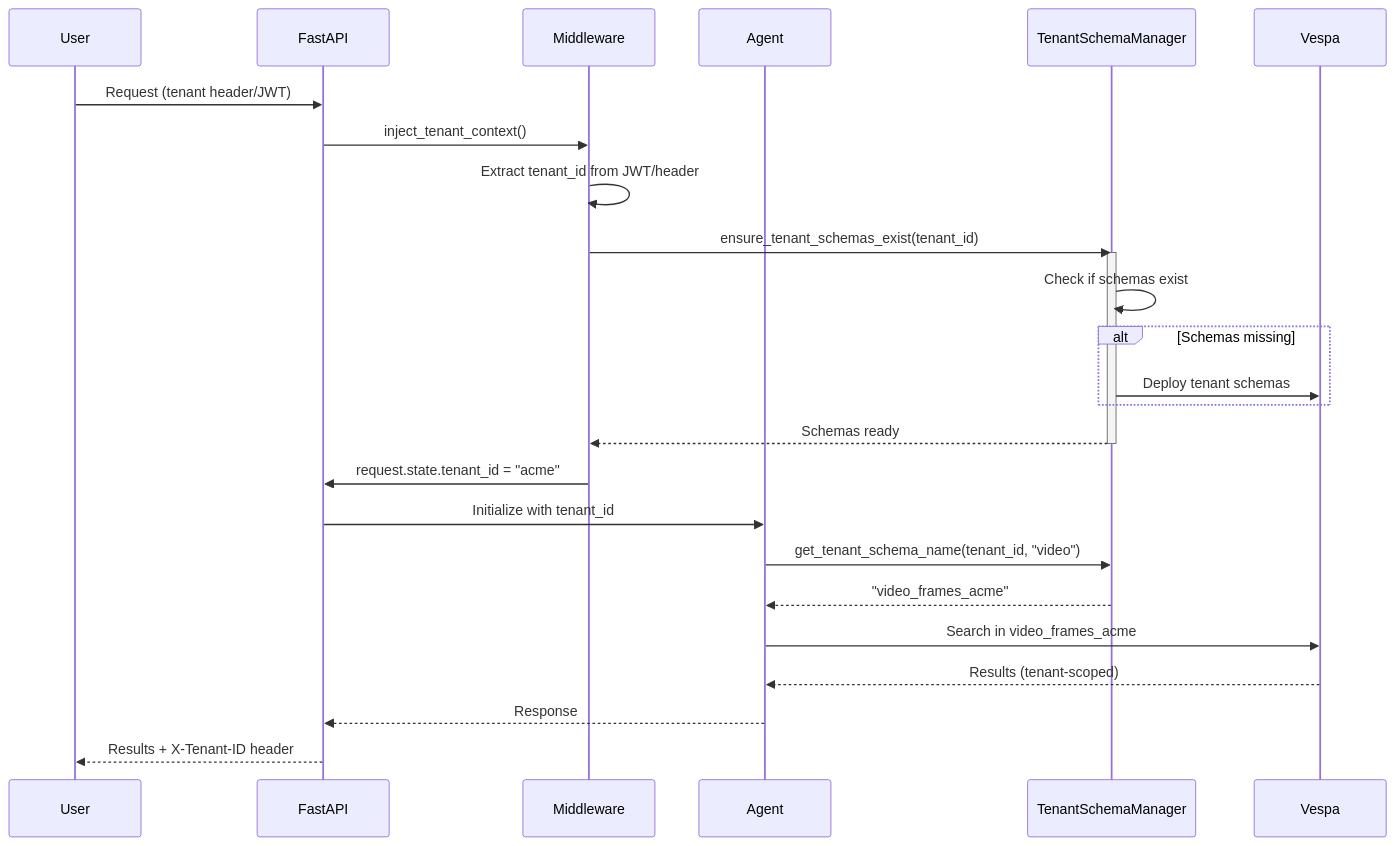
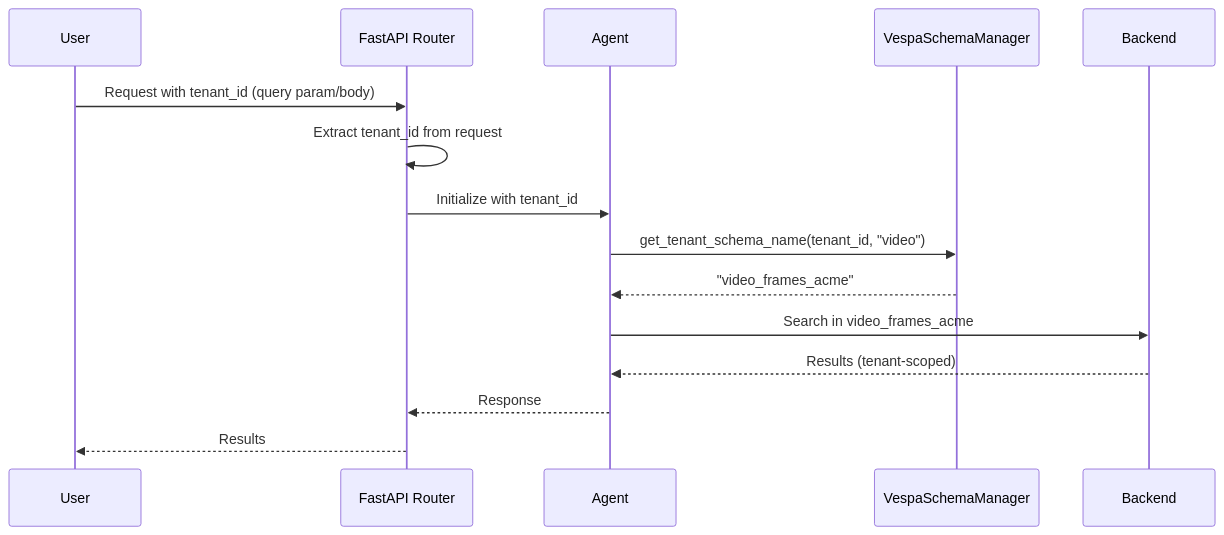
Before and after one commit to amit-jain/cogniverse: the third of 6 diagrams in docs/architecture/overview.md, drawn with Mermaid. The commit also changed other lines of this file and 83 other files, not shown here.

First line of the commit message:
Fix documentation veracity, formatting, and diagrams across all modules

````diff
--- a/docs/architecture/overview.md
+++ b/docs/architecture/overview.md
@@ -427,34 +284,21 @@
 ```mermaid
 sequenceDiagram
     participant User
-    participant FastAPI
-    participant Middleware
+    participant FastAPI as FastAPI Router
     participant Agent
-    participant TenantManager as TenantSchemaManager
-    participant Vespa
+    participant SchemaManager as VespaSchemaManager
+    participant Backend
 
-    User->>FastAPI: Request (tenant header/JWT)
-    FastAPI->>Middleware: inject_tenant_context()
+    User->>FastAPI: Request with tenant_id (query param/body)
 
-    Middleware->>Middleware: Extract tenant_id from JWT/header
-    Middleware->>TenantManager: ensure_tenant_schemas_exist(tenant_id)
+    FastAPI->>FastAPI: Extract tenant_id from request
+    FastAPI->>Agent: Initialize with tenant_id
 
-    activate TenantManager
-    TenantManager->>TenantManager: Check if schemas exist
-    alt Schemas missing
-        TenantManager->>Vespa: Deploy tenant schemas
-    end
-    TenantManager-->>Middleware: Schemas ready
-    deactivate TenantManager
+    Agent->>SchemaManager: get_tenant_schema_name(tenant_id, "video")
+    SchemaManager-->>Agent: "video_frames_acme"
 
-    Middleware->>FastAPI: request.state.tenant_id = "acme"
-
-    FastAPI->>Agent: Initialize with tenant_id
-    Agent->>TenantManager: get_tenant_schema_name(tenant_id, "video")
-    TenantManager-->>Agent: "video_frames_acme"
-
-    Agent->>Vespa: Search in video_frames_acme
-    Vespa-->>Agent: Results (tenant-scoped)
+    Agent->>Backend: Search in video_frames_acme
+    Backend-->>Agent: Results (tenant-scoped)
     Agent-->>FastAPI: Response
-    FastAPI-->>User: Results + X-Tenant-ID header
+    FastAPI-->>User: Results
 ```
````
